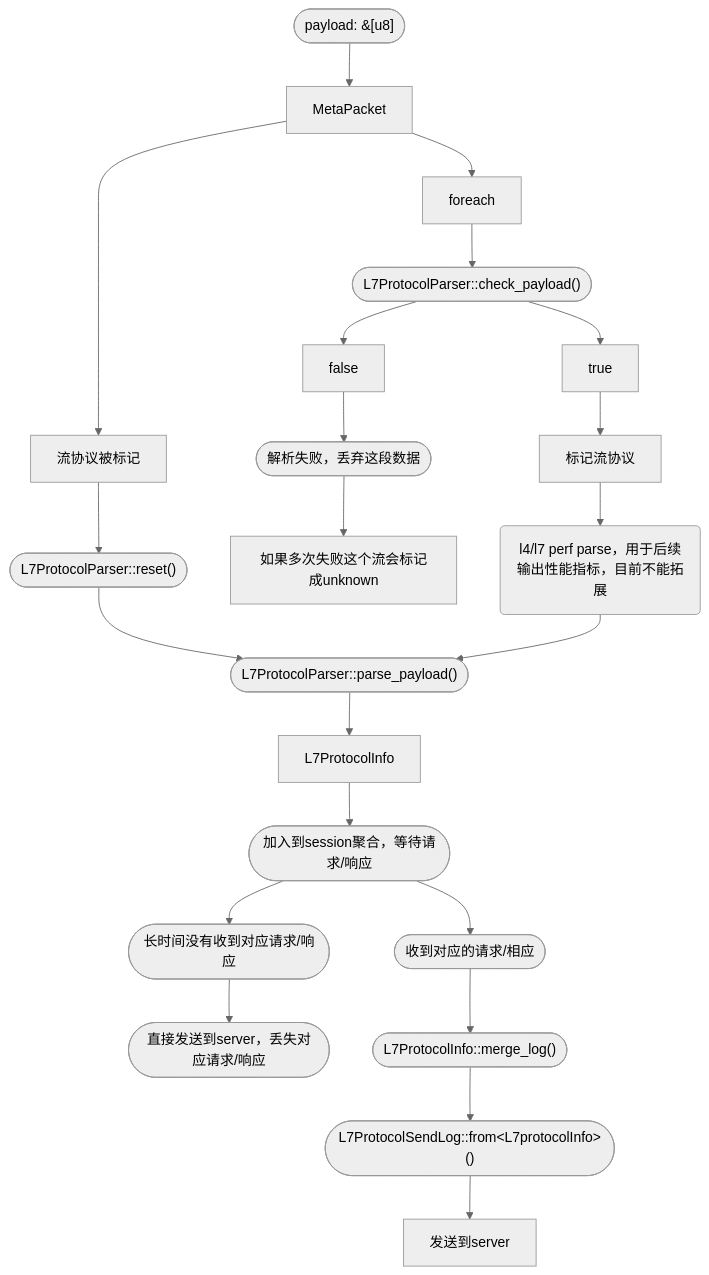
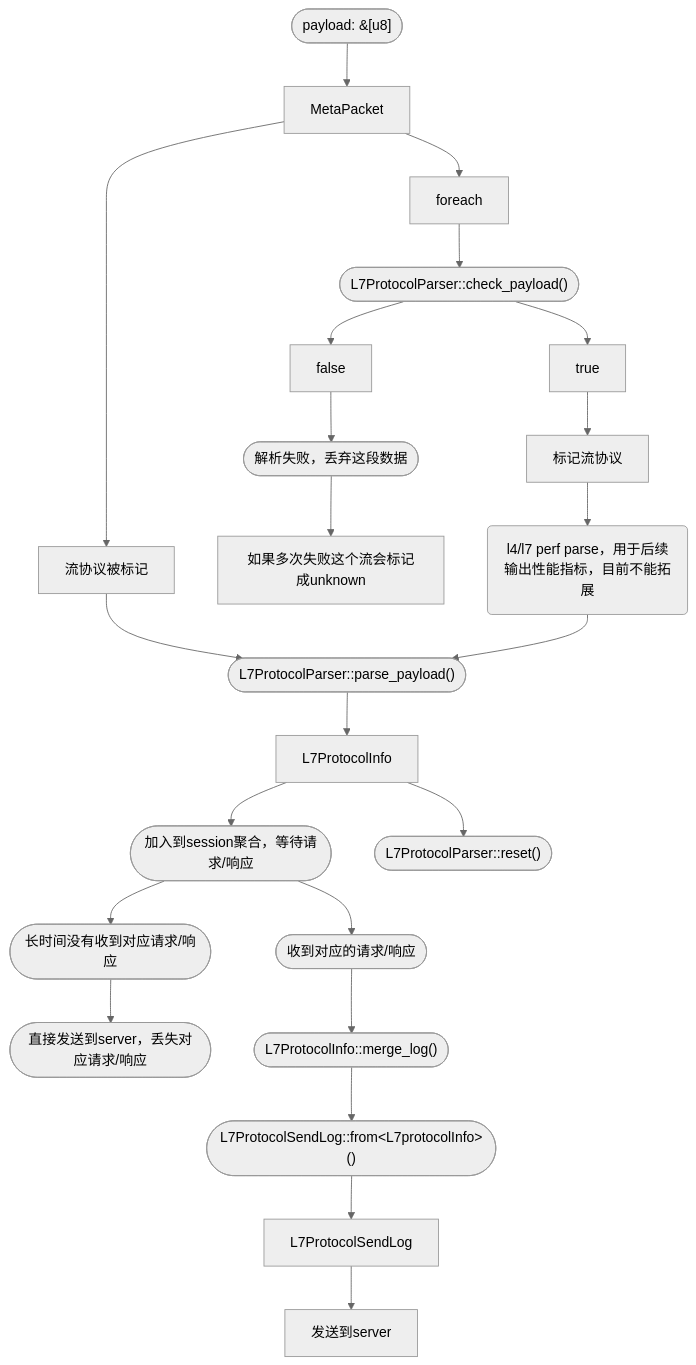
The diagram in docs/HOW_TO_SUPPORT_YOUR_PROTOCOL_CN.MD (deepflowio/deepflow), drawn with Mermaid (neutral theme) before and after one commit. The commit also changed other lines of this file and 2 other files, not shown here.

Commit message:
[Agent] Modify the application layer protocol development document

````diff
--- a/docs/HOW_TO_SUPPORT_YOUR_PROTOCOL_CN.MD
+++ b/docs/HOW_TO_SUPPORT_YOUR_PROTOCOL_CN.MD
@@ -15,9 +15,10 @@
 ```mermaid
 graph TB;
-    id1(["payload: &[u8]"])-->MetaPacket-->流协议被标记-->id7(["L7ProtocolParser::reset()"])-->id5;
+    id1(["payload: &[u8]"])-->MetaPacket-->流协议被标记-->id5;
     MetaPacket-->foreach-->id2(["L7ProtocolParser::check_payload()"]);
     id2-->false-->id3(["解析失败，丢弃这段数据"])-->如果多次失败这个流会标记成unknown;
     id2-->true-->标记流协议-->id4("l4/l7 perf parse，用于后续输出性能指标，目前不能拓展")-->id5(["L7ProtocolParser::parse_payload()"])-->L7ProtocolInfo-->id6(["加入到session聚合，等待请求/响应"]);
+    L7ProtocolInfo-->id7(["L7ProtocolParser::reset()"]);
     id6-->id8(["长时间没有收到对应请求/响应"])-->id9(["直接发送到server，丢失对应请求/响应"]);
-    id6-->id10(["收到对应的请求/相应"])-->id11(["L7ProtocolInfo::merge_log()"])-->id12(["L7ProtocolSendLog::from#60;L7protocolInfo#62;()"])-->发送到server;
+    id6-->id10(["收到对应的请求/响应"])-->id11(["L7ProtocolInfo::merge_log()"])-->id12(["L7ProtocolSendLog::from#60;L7protocolInfo#62;()"])-->L7ProtocolSendLog-->发送到server;
 ```
````
